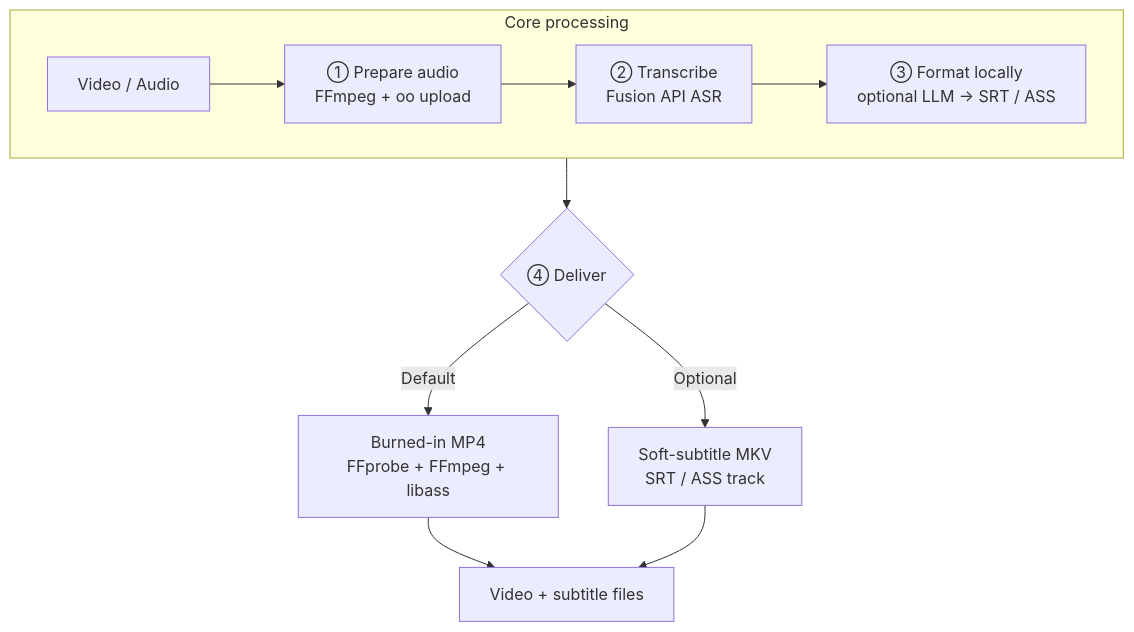
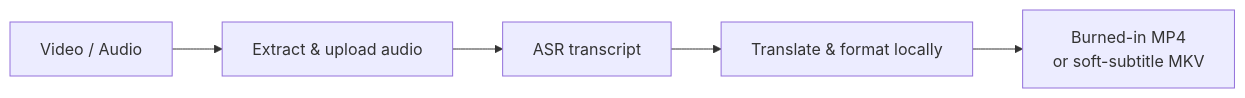
Before and after one commit to oomol-lab/video-subtitle-translator: the diagram in README.md, drawn with Mermaid. The commit also changed other lines of this file and 3 other files, not shown here.

````diff
--- a/README.md
+++ b/README.md
@@ -51,17 +39,7 @@
 ```mermaid
-flowchart TB
-    subgraph CORE["Core processing"]
-        direction LR
-        INPUT["Video / Audio"]
-        PREP["① Prepare audio<br/>FFmpeg + oo upload"]
-        ASR["② Transcribe<br/>Fusion API ASR"]
-        LOCAL["③ Format locally<br/>optional LLM → SRT / ASS"]
-        INPUT --> PREP --> ASR --> LOCAL
-    end
-
-    LOCAL --> DELIVERY{"④ Deliver"}
-    DELIVERY -->|"Default"| BURN["Burned-in MP4<br/>FFprobe + FFmpeg + libass"]
-    DELIVERY -->|"Optional"| MKV["Soft-subtitle MKV<br/>SRT / ASS track"]
-    BURN --> OUTPUT["Video + subtitle files"]
-    MKV --> OUTPUT
+flowchart LR
+    INPUT["Video / Audio"] --> AUDIO["Extract & upload audio"]
+    AUDIO --> ASR["ASR transcript"]
+    ASR --> LOCAL["Translate & format locally"]
+    LOCAL --> OUTPUT["Burned-in MP4<br/>or soft-subtitle MKV"]
 ```
````
